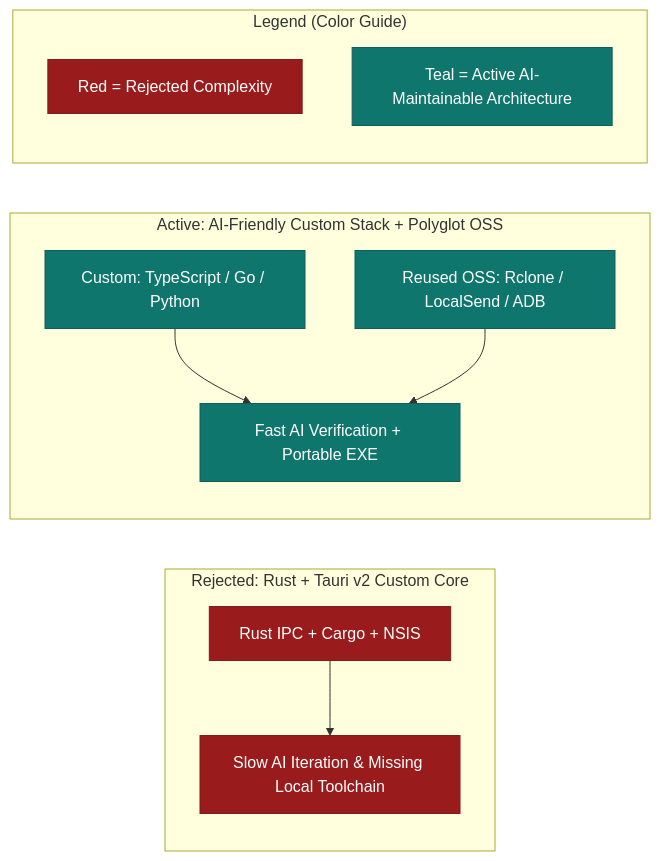
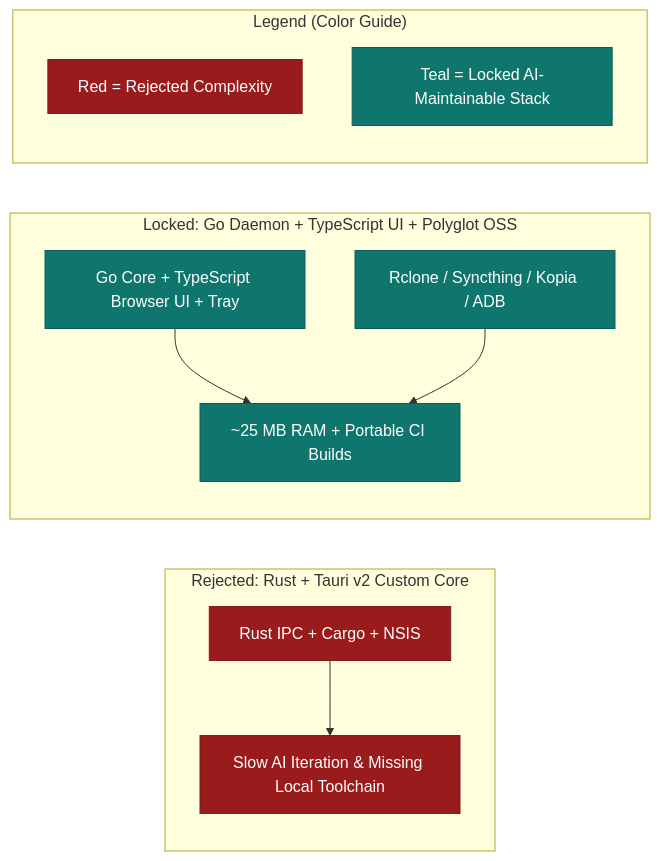
One commit to Mostakim2005/cloud-manager changed the first of 2 diagrams in docs/DECISIONS_AND_TRAPS.md. Above: the diagram before and after it, drawn with Mermaid. The commit also changed other lines of this file and 4 other files, not shown here.

Commit message:
docs: lock Go+TS stack, Syncthing+ADB+QR sync, and v1 scope

````diff
--- a/docs/DECISIONS_AND_TRAPS.md
+++ b/docs/DECISIONS_AND_TRAPS.md
@@ -15,18 +15,18 @@
 ```mermaid
 flowchart LR
     classDef badNode fill:#991b1b,stroke:#7f1d1d,color:#ffffff
     classDef goodNode fill:#0f766e,stroke:#115e59,color:#ffffff
 
     subgraph Failed["Rejected: Rust + Tauri v2 Custom Core"]
         A1["Rust IPC + Cargo + NSIS"]:::badNode --> A2["Slow AI Iteration & Missing Local Toolchain"]:::badNode
     end
-    subgraph Active["Active: AI-Friendly Custom Stack + Polyglot OSS"]
-        B1["Custom: TypeScript / Go / Python"]:::goodNode --> B2["Fast AI Verification + Portable EXE"]:::goodNode
-        B3["Reused OSS: Rclone / LocalSend / ADB"]:::goodNode --> B2
+    subgraph Active["Locked: Go Daemon + TypeScript UI + Polyglot OSS"]
+        B1["Go Core + TypeScript Browser UI + Tray"]:::goodNode --> B2["~25 MB RAM + Portable CI Builds"]:::goodNode
+        B3["Rclone / Syncthing / Kopia / ADB"]:::goodNode --> B2
     end
 
     subgraph Legend["Legend (Color Guide)"]
         L1["Red = Rejected Complexity"]:::badNode
-        L2["Teal = Active AI-Maintainable Architecture"]:::goodNode
+        L2["Teal = Locked AI-Maintainable Stack"]:::goodNode
     end
 ```
````
